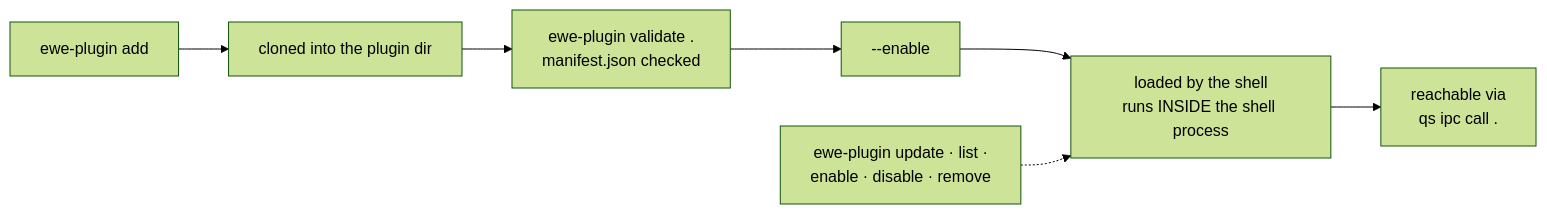
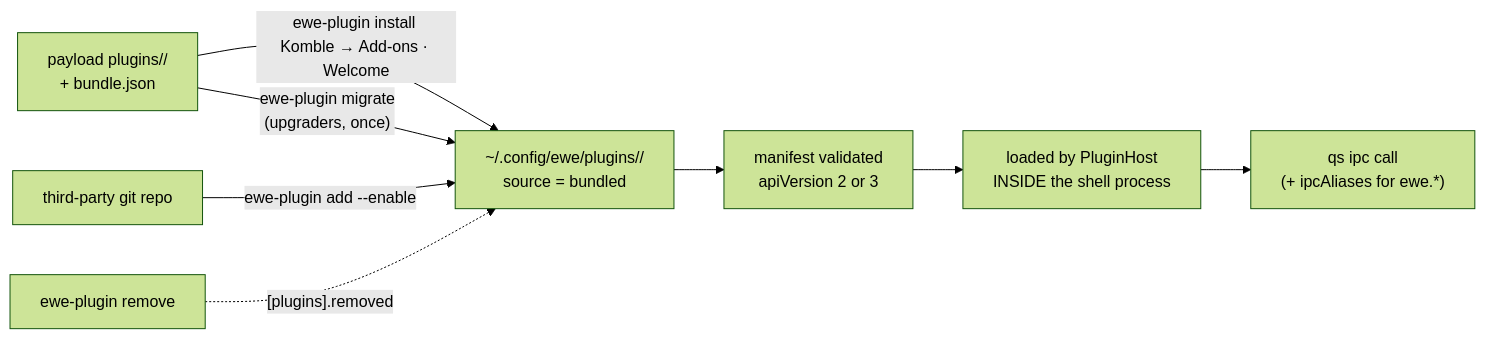
One commit to prj786/ewe-map changed the diagram in 04-Plugins/Plugin System.md. Above: the diagram before and after it, drawn with Mermaid (forest theme). The commit also changed other lines of this file and 15 other files, not shown here.

Commit message:
plugins: API 3 + add-ons model; ten add-on notes; manifest reference apiVersion 2|3

````diff
--- a/04-Plugins/Plugin System.md
+++ b/04-Plugins/Plugin System.md
@@ -18,9 +67,10 @@
 ```mermaid
 flowchart LR
-    CMD["ewe-plugin add <git-url>"] --> CLONE["cloned into the plugin dir"]
-    CLONE --> VALID["ewe-plugin validate .<br/>manifest.json checked"]
-    VALID --> ENABLE["--enable"]
-    ENABLE --> RUN["loaded by the shell<br/>runs INSIDE the shell process"]
-    RUN --> IPC["reachable via<br/>qs ipc call <ns>.<name> <verb>"]
-    CMD2["ewe-plugin update · list ·<br/>enable · disable · remove"] -.-> RUN
+    PAY["payload plugins/<id>/<br/>+ bundle.json"] -->|"ewe-plugin install <id><br/>Komble → Add-ons · Welcome"| INST["~/.config/ewe/plugins/<id>/<br/>source = bundled"]
+    PAY -->|"ewe-plugin migrate<br/>(upgraders, once)"| INST
+    GIT["third-party git repo"] -->|"ewe-plugin add <url> --enable"| INST
+    INST --> VALID["manifest validated<br/>apiVersion 2 or 3"]
+    VALID --> RUN["loaded by PluginHost<br/>INSIDE the shell process"]
+    RUN --> IPC["qs ipc call <id> <verb><br/>(+ ipcAliases for ewe.*)"]
+    RM["ewe-plugin remove"] -.->|"[plugins].removed"| INST
 ```
````
